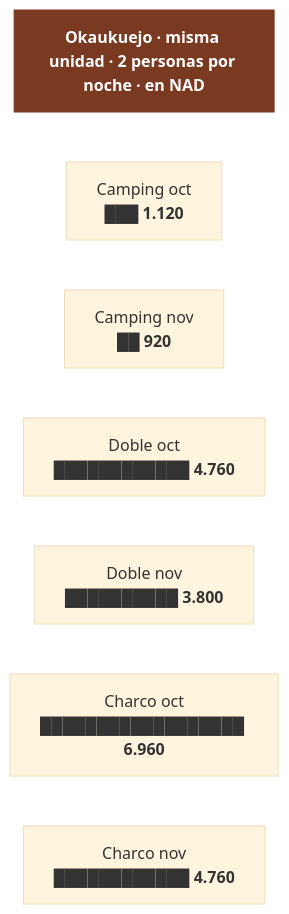
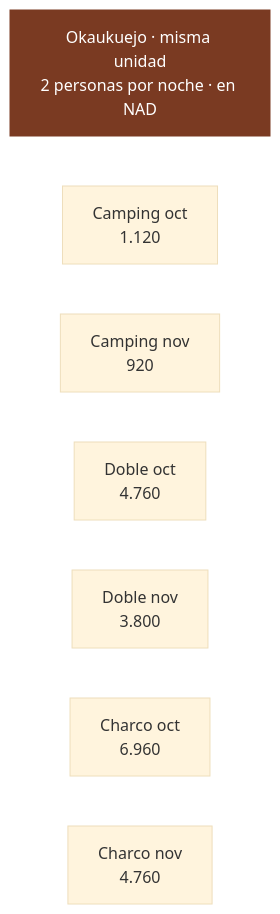
The fourth of 4 diagrams in 03-alojamiento-y-tasas.md (morandeirachema/namibia), drawn with Mermaid (base theme) before and after one commit. The commit also changed other lines of this file and 14 other files, not shown here.

Commit message:
Arreglar el renderizado de los diagramas en GitHub: fuera emojis, negritas y barras ASCII de dentro de los nodos, que descuadraban la medida y recortaban el texto

````diff
--- a/03-alojamiento-y-tasas.md
+++ b/03-alojamiento-y-tasas.md
@@ -139,17 +139,17 @@
 ```mermaid
 flowchart TD
-    T["<b>Okaukuejo · misma unidad · 2 personas por noche · en NAD</b>"]
-    n0["Camping oct<br/>███ <b>1.120</b>"]
-    n1["Camping nov<br/>██ <b>920</b>"]
-    n2["Doble oct<br/>████████████ <b>4.760</b>"]
-    n3["Doble nov<br/>██████████ <b>3.800</b>"]
-    n4["Charco oct<br/>██████████████████ <b>6.960</b>"]
-    n5["Charco nov<br/>████████████ <b>4.760</b>"]
+    T["Okaukuejo · misma unidad<br/>2 personas por noche · en NAD"]
+    n0["Camping oct<br/>1.120"]
+    n1["Camping nov<br/>920"]
+    n2["Doble oct<br/>4.760"]
+    n3["Doble nov<br/>3.800"]
+    n4["Charco oct<br/>6.960"]
+    n5["Charco nov<br/>4.760"]
     T ~~~ n0
     n0 ~~~ n1
     n1 ~~~ n2
     n2 ~~~ n3
     n3 ~~~ n4
     n4 ~~~ n5
     style T fill:#7a3a22,color:#fff,stroke:#7a3a22
 ```
````
